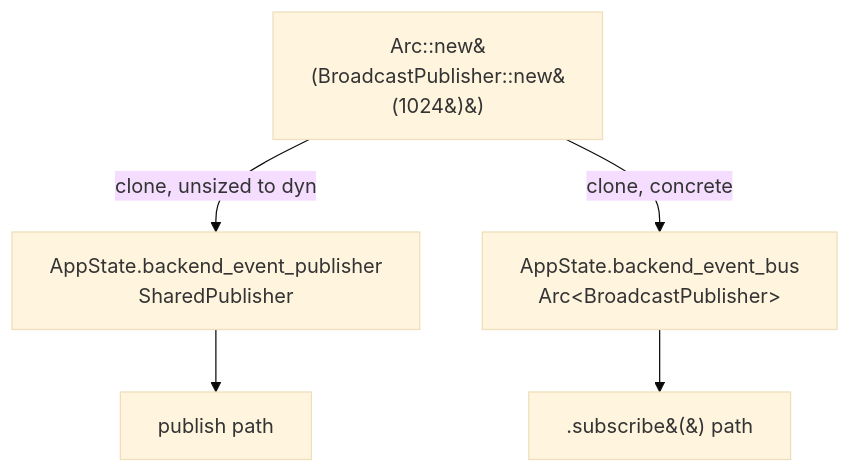
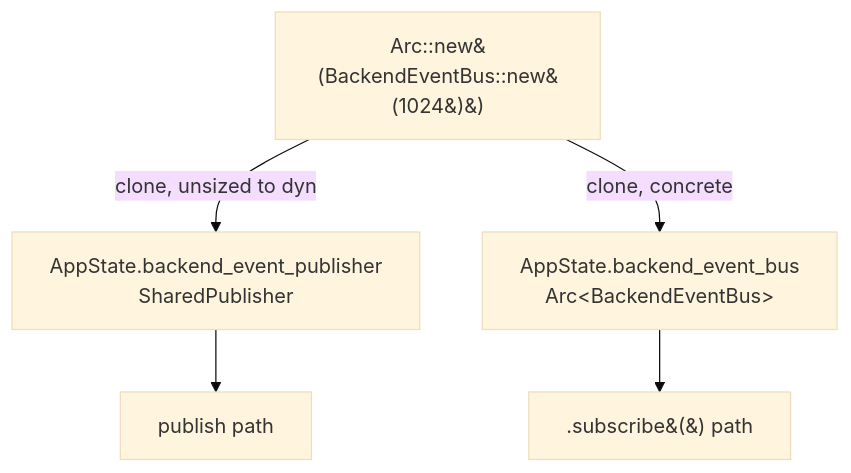
Before and after one commit to ldilov/nexus-dnn: the second of 4 diagrams in docs/backend-events.md, drawn with Mermaid (base theme). The commit also changed other lines of this file and 146 other files, not shown here.

````diff
--- a/docs/backend-events.md
+++ b/docs/backend-events.md
@@ -49,8 +49,8 @@
 ```mermaid
 flowchart TB
-    src[Arc::new&#40;BroadcastPublisher::new&#40;1024&#41;&#41;]
+    src[Arc::new&#40;BackendEventBus::new&#40;1024&#41;&#41;]
     src -->|clone, unsized to dyn| pub_field[AppState.backend_event_publisher<br/>SharedPublisher]
-    src -->|clone, concrete| sub_field[AppState.backend_event_bus<br/>Arc&lt;BroadcastPublisher&gt;]
+    src -->|clone, concrete| sub_field[AppState.backend_event_bus<br/>Arc&lt;BackendEventBus&gt;]
     pub_field --> emit[publish path]
     sub_field --> wssub[.subscribe&#40;&#41; path]
 ```
````
